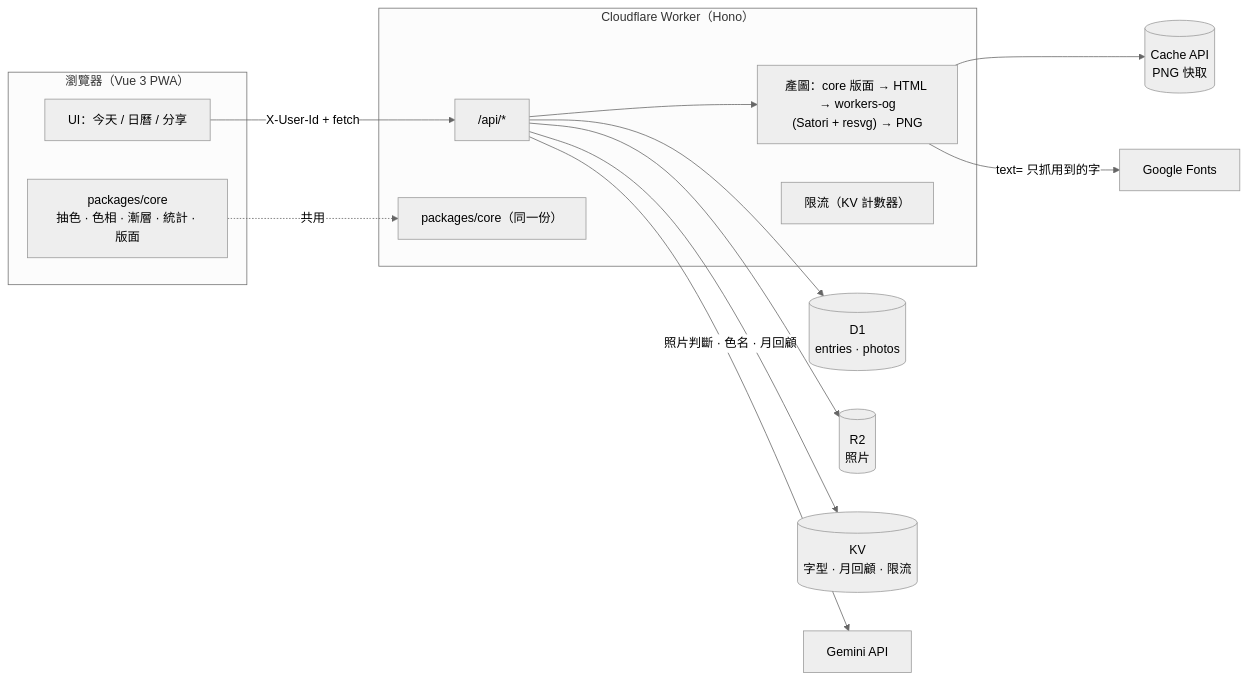
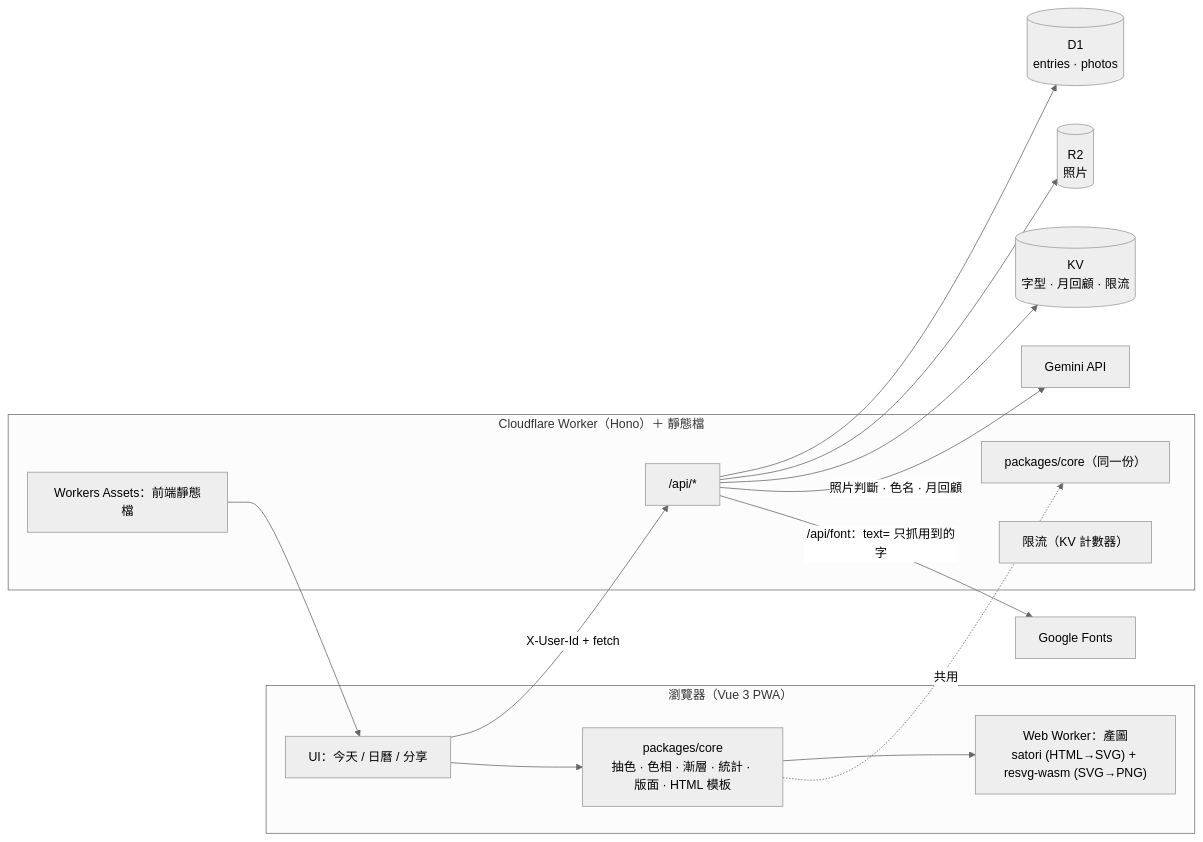
Before and after one commit to ryukyucoding/Hueday: the diagram in README.md, drawn with Mermaid (neutral theme). The commit also changed other lines of this file and 51 other files, not shown here.

````diff
--- a/README.md
+++ b/README.md
@@ -30,22 +30,23 @@
 ```mermaid
 flowchart LR
   subgraph Client["瀏覽器（Vue 3 PWA）"]
     UI["UI：今天 / 日曆 / 分享"]
-    C1["packages/core<br/>抽色 · 色相 · 漸層 · 統計 · 版面"]
+    C1["packages/core<br/>抽色 · 色相 · 漸層 · 統計 · 版面 · HTML 模板"]
+    RW["Web Worker：產圖<br/>satori (HTML→SVG) + resvg-wasm (SVG→PNG)"]
   end
-  subgraph Worker["Cloudflare Worker（Hono）"]
+  subgraph Worker["Cloudflare Worker（Hono）＋ 靜態檔"]
     API["/api/*"]
     C2["packages/core（同一份）"]
-    R["產圖：core 版面 → HTML → workers-og<br/>(Satori + resvg) → PNG"]
     RL["限流（KV 計數器）"]
+    ST["Workers Assets：前端靜態檔"]
   end
   UI -->|"X-User-Id + fetch"| API
+  UI --> C1 --> RW
   C1 -.->|共用| C2
   API --> D1[("D1<br/>entries · photos")]
   API --> R2[("R2<br/>照片")]
   API --> KV[("KV<br/>字型 · 月回顧 · 限流")]
-  API --> R
-  R --> Cache[("Cache API<br/>PNG 快取")]
   API -->|"照片判斷 · 色名 · 月回顧"| Gemini["Gemini API"]
-  R -->|"text= 只抓用到的字"| Fonts["Google Fonts"]
+  API -->|"/api/font：text= 只抓用到的字"| Fonts["Google Fonts"]
+  ST --> UI
 ```
````
